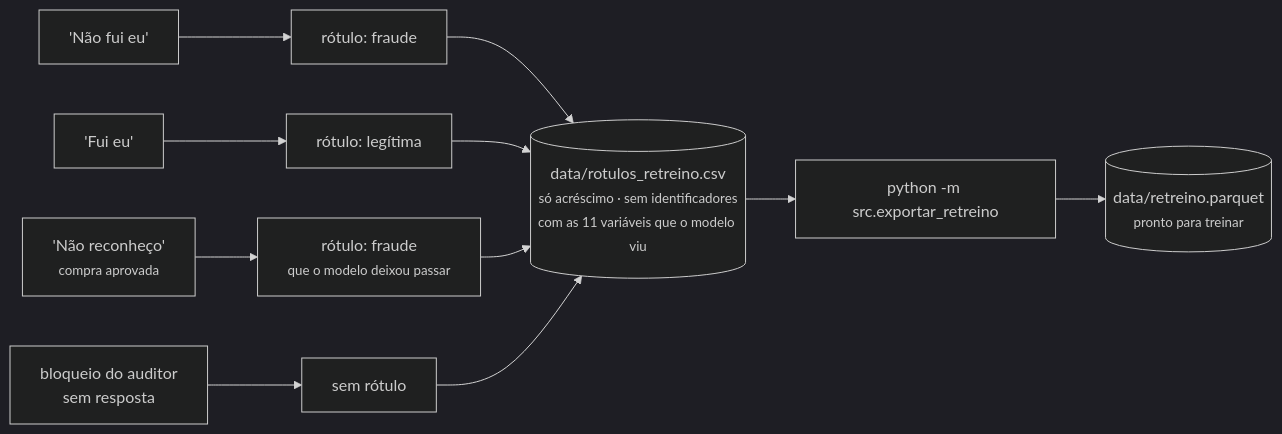
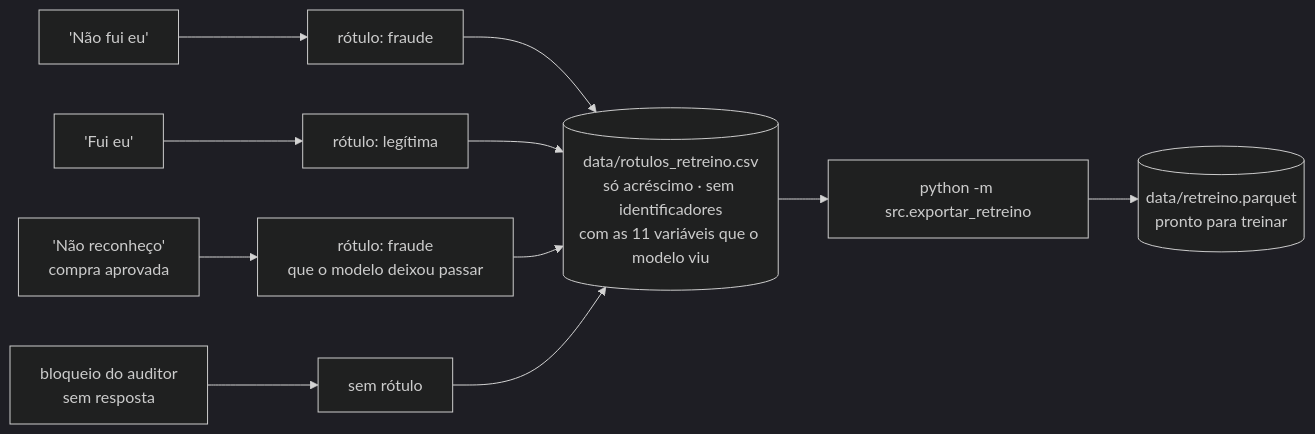
One commit to PedroMLegnaghi/Sentinela_IBM_SkillsBuildAILab_Sicredi_challenge changed the ninth of 15 diagrams in README.md. Above: the diagram before and after it, drawn with Mermaid (dark theme). The commit also changed other lines of this file, not shown here.

Commit message:
docs: corrige a formatação dos diagramas do README no GitHub (#149)

````diff
--- a/README.md
+++ b/README.md
@@ -341,9 +342,9 @@
 ```mermaid
 flowchart LR
     R1["'Não fui eu'"] --> F["rótulo: fraude"]
     R2["'Fui eu'"] --> L["rótulo: legítima"]
-    R3["'Não reconheço'<br/><small>compra aprovada</small>"] --> F2["rótulo: fraude<br/><small>que o modelo deixou passar</small>"]
+    R3["'Não reconheço'<br/>compra aprovada"] --> F2["rótulo: fraude<br/>que o modelo deixou passar"]
     R4["bloqueio do auditor<br/>sem resposta"] --> N["sem rótulo"]
-    F & L & F2 & N --> CSV[("data/rotulos_retreino.csv<br/><small>só acréscimo · sem identificadores<br/>com as 11 variáveis que o modelo viu</small>")]
-    CSV --> EXP["python -m src.exportar_retreino"] --> PQ[("data/retreino.parquet<br/><small>pronto para treinar</small>")]
+    F & L & F2 & N --> CSV[("data/rotulos_retreino.csv<br/>só acréscimo · sem identificadores<br/>com as 11 variáveis que o modelo viu")]
+    CSV --> EXP["python -m src.exportar_retreino"] --> PQ[("data/retreino.parquet<br/>pronto para treinar")]
 ```
````
